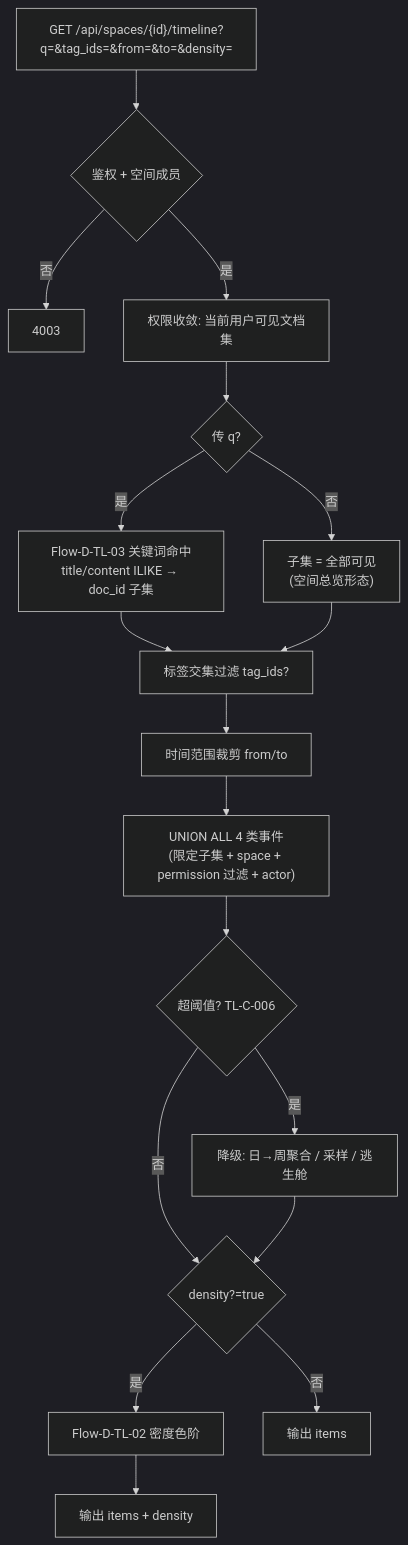
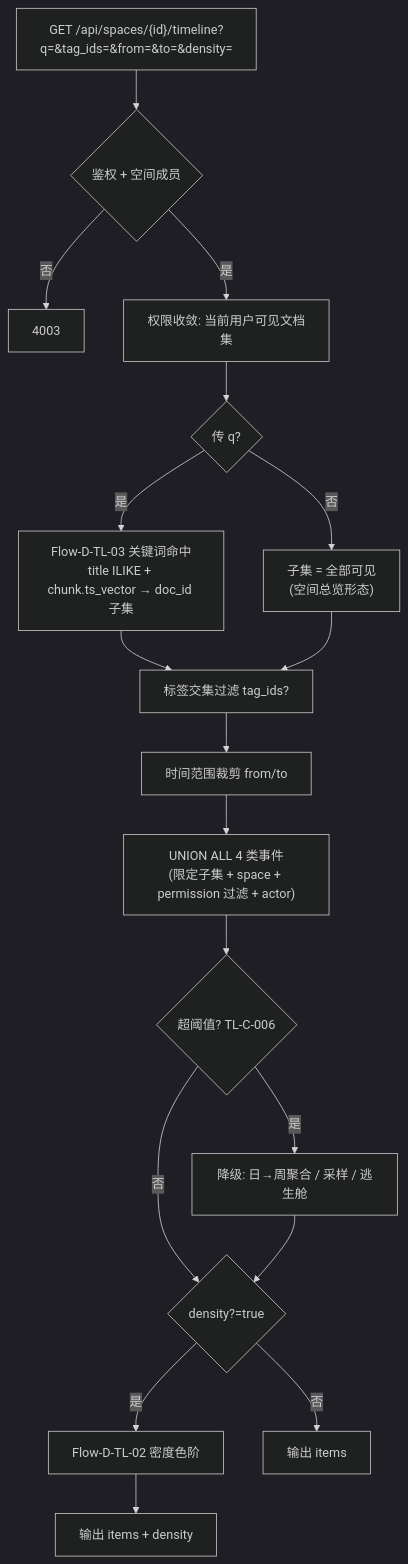
One commit to emily8421/LUMEN-DEMO changed the diagram in docs/design/timeline.md. Above: the diagram before and after it, drawn with Mermaid (dark theme). The commit also changed other lines of this file and 31 other files, not shown here.

Commit message:
feat(timeline): complete Sprint-20 subject timeline

````diff
--- a/docs/design/timeline.md
+++ b/docs/design/timeline.md
@@ -102,20 +102,20 @@
 ```mermaid
 flowchart TD
   req["GET /api/spaces/{id}/timeline?q=&tag_ids=&from=&to=&density="] --> auth{"鉴权 + 空间成员"}
   auth -->|否| e4003["4003"]
   auth -->|是| perm["权限收敛: 当前用户可见文档集"]
   perm --> kw{"传 q?"}
-  kw -->|是| match["Flow-D-TL-03 关键词命中<br/>title/content ILIKE → doc_id 子集"]
+  kw -->|是| match["Flow-D-TL-03 关键词命中<br/>title ILIKE + chunk.ts_vector → doc_id 子集"]
   kw -->|否| all["子集 = 全部可见<br/>(空间总览形态)"]
   match --> tagf["标签交集过滤 tag_ids?"]
   all --> tagf
   tagf --> win["时间范围裁剪 from/to"]
   win --> union["UNION ALL 4 类事件<br/>(限定子集 + space + permission 过滤 + actor)"]
   union --> big{"超阈值? TL-C-006"}
   big -->|是| deg["降级: 日→周聚合 / 采样 / 逃生舱"]
   big -->|否| dense{"density?=true"}
   deg --> dense
   dense -->|是| calc["Flow-D-TL-02 密度色阶"]
   dense -->|否| out["输出 items"]
   calc --> out2["输出 items + density"]
 ```
````
